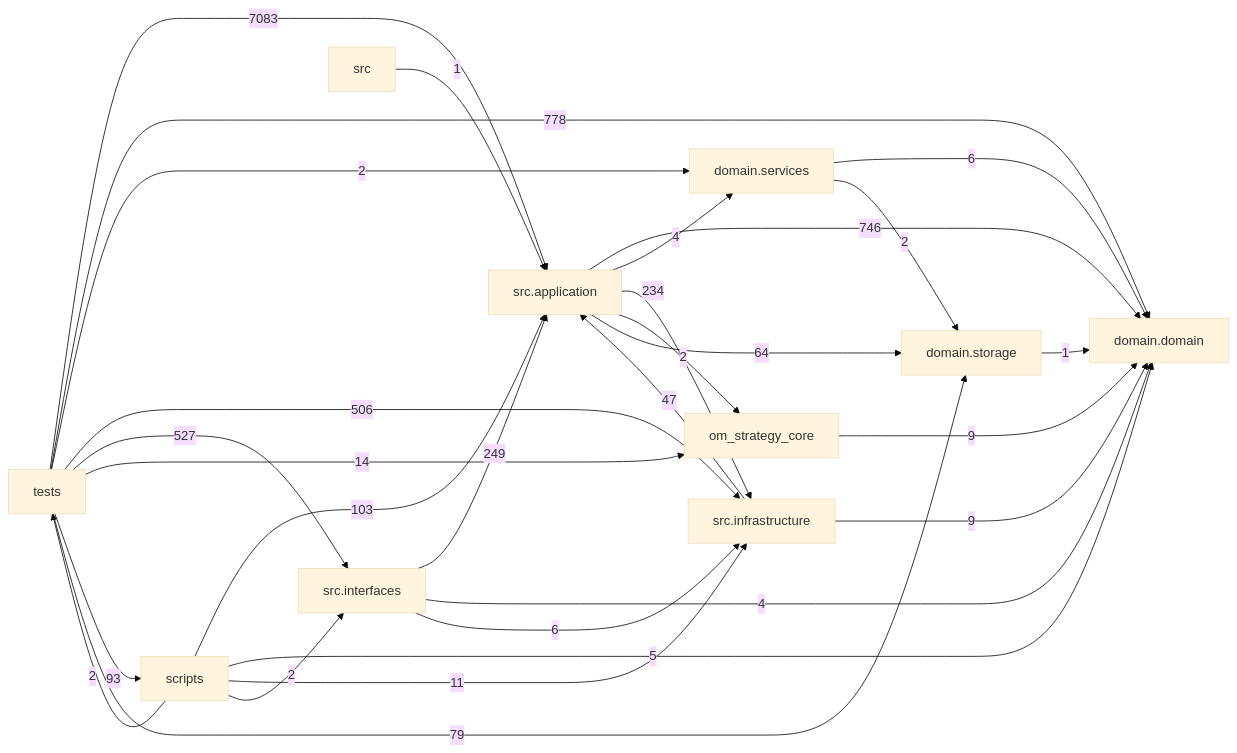
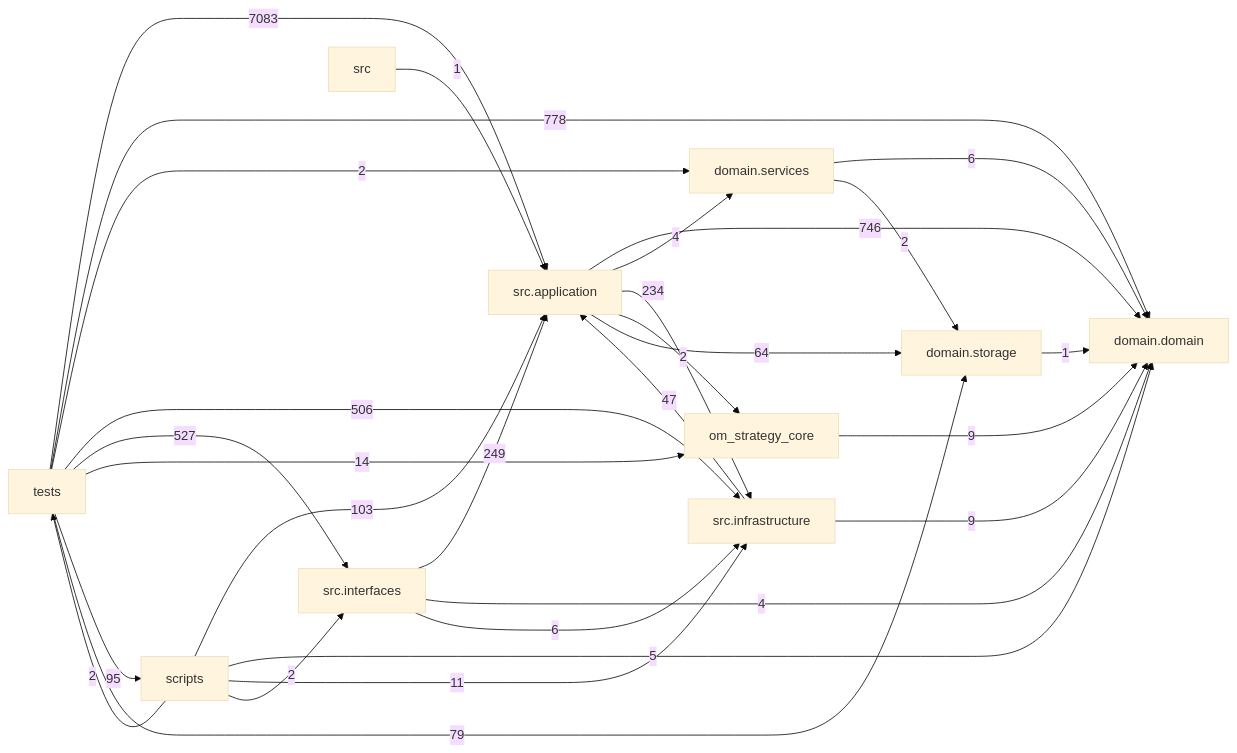
The diagram in docs/DEPENDENCY_GRAPH.md (liuxie066/options-monitor), drawn with Mermaid (base theme) before and after one commit. The commit also changed other lines of this file and 3 other files, not shown here.

````diff
--- a/docs/DEPENDENCY_GRAPH.md
+++ b/docs/DEPENDENCY_GRAPH.md
@@ -24,39 +24,39 @@
 ```mermaid
 flowchart LR
   tests["tests"]
   scripts["scripts"]
   interfaces["src.interfaces"]
   application["src.application"]
   infrastructure["src.infrastructure"]
   domain_services["domain.services"]
   domain["domain.domain"]
   storage["domain.storage"]
   application -->|746| domain
   application -->|4| domain_services
   application -->|234| infrastructure
   application -->|2| om_strategy_core
   application -->|64| storage
   domain_services -->|6| domain
   domain_services -->|2| storage
   infrastructure -->|47| application
   infrastructure -->|9| domain
   interfaces -->|249| application
   interfaces -->|4| domain
   interfaces -->|6| infrastructure
   om_strategy_core -->|9| domain
   scripts -->|103| application
   scripts -->|5| domain
   scripts -->|11| infrastructure
   scripts -->|2| interfaces
   scripts -->|2| tests
   src -->|1| application
   storage -->|1| domain
   tests -->|7083| application
   tests -->|778| domain
   tests -->|2| domain_services
   tests -->|506| infrastructure
   tests -->|527| interfaces
   tests -->|14| om_strategy_core
-  tests -->|93| scripts
+  tests -->|95| scripts
   tests -->|79| storage
 ```
````
